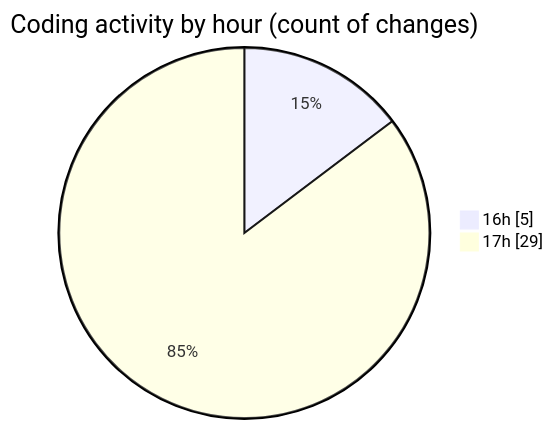
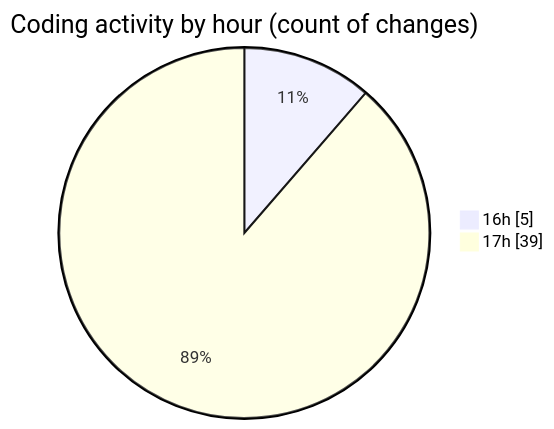
One commit to robertbonfada/code-tracking changed the second of 2 diagrams in 2025-01-10/mbc-web/README.md. Above: the diagram before and after it, drawn with Mermaid. The commit also changed other lines of this file and 1 other file, not shown here.

````diff
--- a/2025-01-10/mbc-web/README.md
+++ b/2025-01-10/mbc-web/README.md
@@ -32,6 +32,6 @@
 ```mermaid
 pie showData
 title Coding activity by hour (count of changes)
 "16h" : 5
-"17h" : 29
+"17h" : 39
 ```
````
